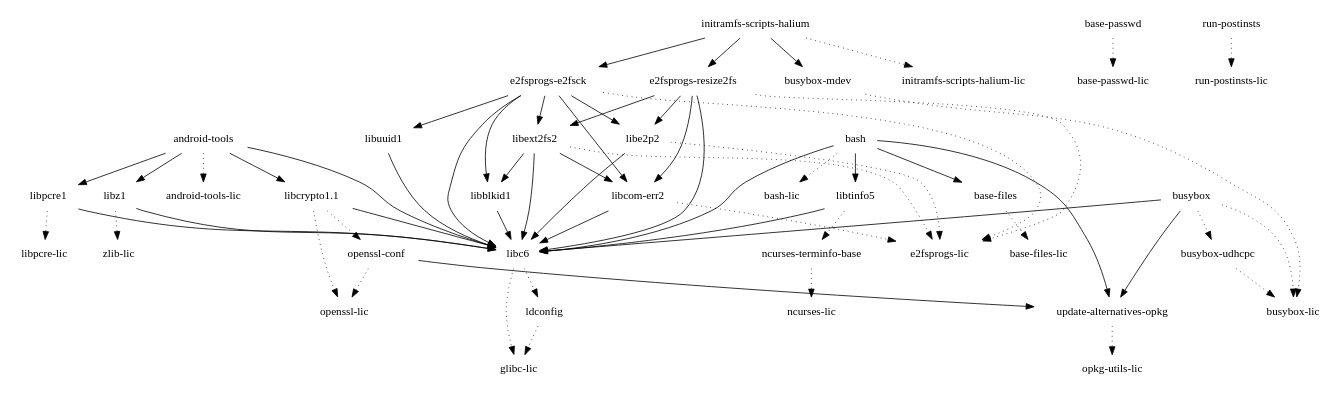
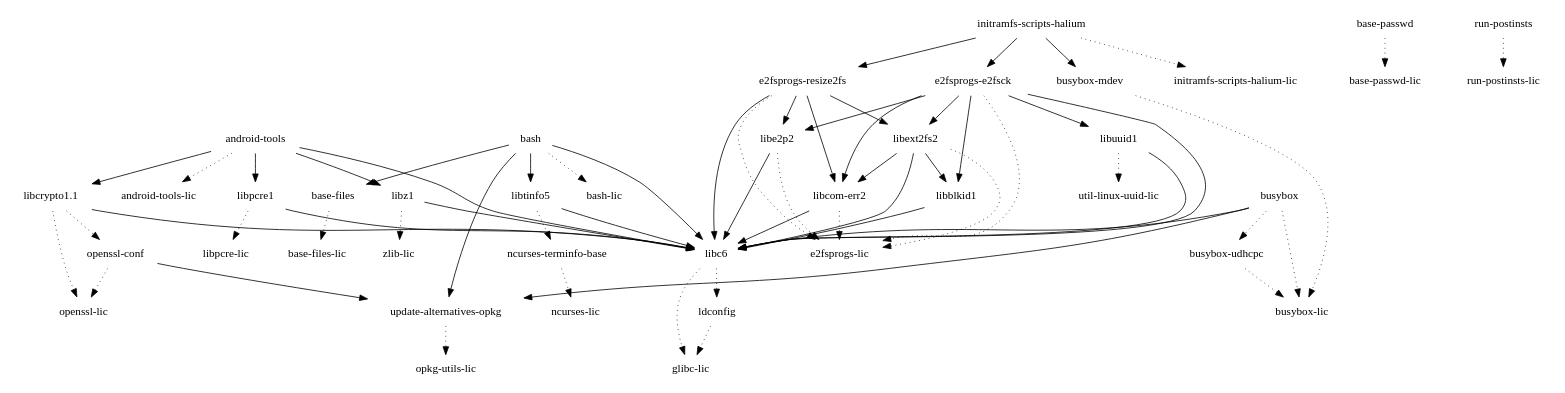
The diagram in images/hammerhead/glibc/initramfs-android-image/depends.dot (webOS-ports/buildhistory), drawn with Graphviz before and after one commit. The commit also changed 3002 other files, not shown here.

```diff
--- a/images/hammerhead/glibc/initramfs-android-image/depends.dot
+++ b/images/hammerhead/glibc/initramfs-android-image/depends.dot
@@ -1,64 +1,65 @@
 digraph depends {
     node [shape=plaintext]
 "android-tools" -> "android-tools-lic" [style=dotted]
 "android-tools" -> "libc6"
 "android-tools" -> "libcrypto1.1"
 "android-tools" -> "libpcre1"
 "android-tools" -> "libz1"
 "base-files" -> "base-files-lic" [style=dotted]
 "base-passwd" -> "base-passwd-lic" [style=dotted]
 "bash" -> "base-files"
 "bash" -> "bash-lic" [style=dotted]
 "bash" -> "libc6"
 "bash" -> "libtinfo5"
 "bash" -> "update-alternatives-opkg"
 "busybox" -> "busybox-lic" [style=dotted]
 "busybox" -> "busybox-udhcpc" [style=dotted]
 "busybox" -> "libc6"
 "busybox-mdev" -> "busybox-lic" [style=dotted]
 "busybox-udhcpc" -> "busybox-lic" [style=dotted]
 "busybox" -> "update-alternatives-opkg"
 "e2fsprogs-e2fsck" -> "e2fsprogs-lic" [style=dotted]
 "e2fsprogs-e2fsck" -> "libblkid1"
 "e2fsprogs-e2fsck" -> "libc6"
 "e2fsprogs-e2fsck" -> "libcom-err2"
 "e2fsprogs-e2fsck" -> "libe2p2"
 "e2fsprogs-e2fsck" -> "libext2fs2"
 "e2fsprogs-e2fsck" -> "libuuid1"
 "e2fsprogs-resize2fs" -> "e2fsprogs-lic" [style=dotted]
 "e2fsprogs-resize2fs" -> "libc6"
 "e2fsprogs-resize2fs" -> "libcom-err2"
 "e2fsprogs-resize2fs" -> "libe2p2"
 "e2fsprogs-resize2fs" -> "libext2fs2"
 "initramfs-scripts-halium" -> "busybox-mdev"
 "initramfs-scripts-halium" -> "e2fsprogs-e2fsck"
 "initramfs-scripts-halium" -> "e2fsprogs-resize2fs"
 "initramfs-scripts-halium" -> "initramfs-scripts-halium-lic" [style=dotted]
 "ldconfig" -> "glibc-lic" [style=dotted]
 "libblkid1" -> "libc6"
 "libc6" -> "glibc-lic" [style=dotted]
 "libc6" -> "ldconfig" [style=dotted]
 "libcom-err2" -> "e2fsprogs-lic" [style=dotted]
 "libcom-err2" -> "libc6"
 "libcrypto1.1" -> "libc6"
 "libcrypto1.1" -> "openssl-conf" [style=dotted]
 "libcrypto1.1" -> "openssl-lic" [style=dotted]
 "libe2p2" -> "e2fsprogs-lic" [style=dotted]
 "libe2p2" -> "libc6"
 "libext2fs2" -> "e2fsprogs-lic" [style=dotted]
 "libext2fs2" -> "libblkid1"
 "libext2fs2" -> "libc6"
 "libext2fs2" -> "libcom-err2"
 "libpcre1" -> "libc6"
 "libpcre1" -> "libpcre-lic" [style=dotted]
 "libtinfo5" -> "libc6"
 "libtinfo5" -> "ncurses-terminfo-base" [style=dotted]
 "libuuid1" -> "libc6"
+"libuuid1" -> "util-linux-uuid-lic" [style=dotted]
 "libz1" -> "libc6"
 "libz1" -> "zlib-lic" [style=dotted]
 "ncurses-terminfo-base" -> "ncurses-lic" [style=dotted]
 "openssl-conf" -> "openssl-lic" [style=dotted]
 "openssl-conf" -> "update-alternatives-opkg"
 "run-postinsts" -> "run-postinsts-lic" [style=dotted]
 "update-alternatives-opkg" -> "opkg-utils-lic" [style=dotted]
 }
```
